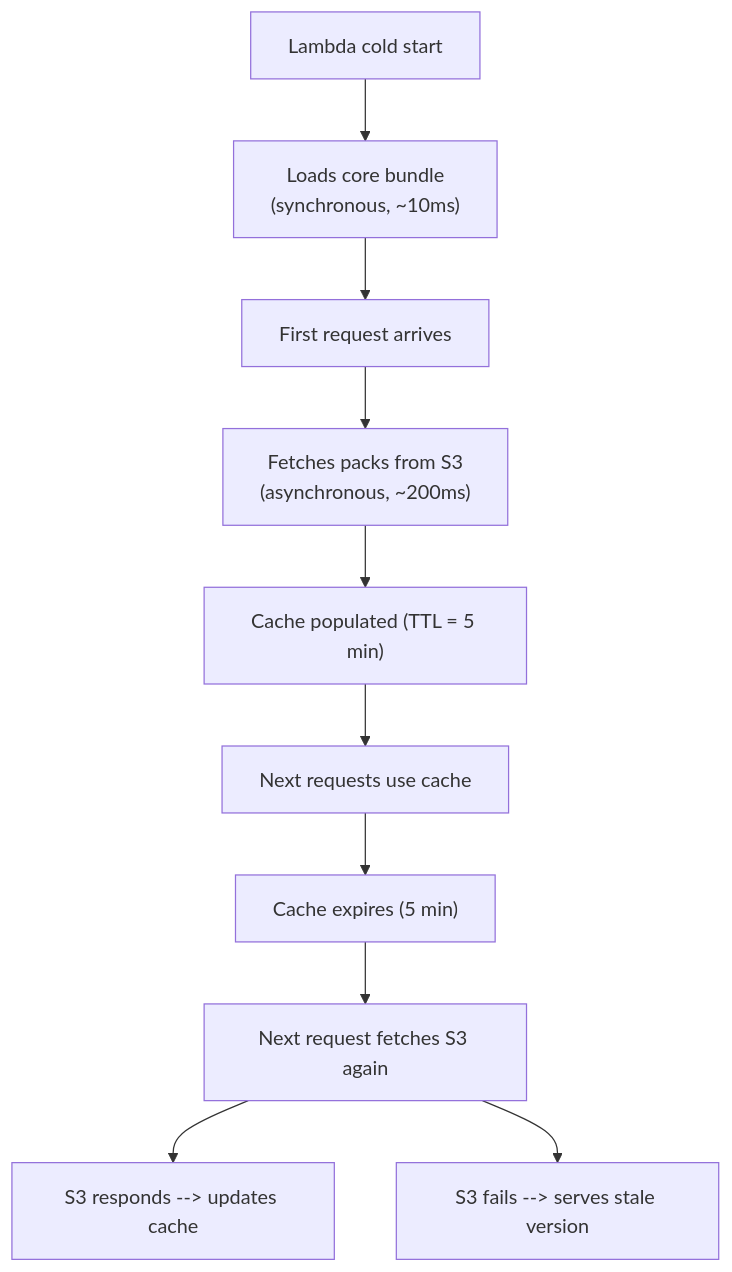
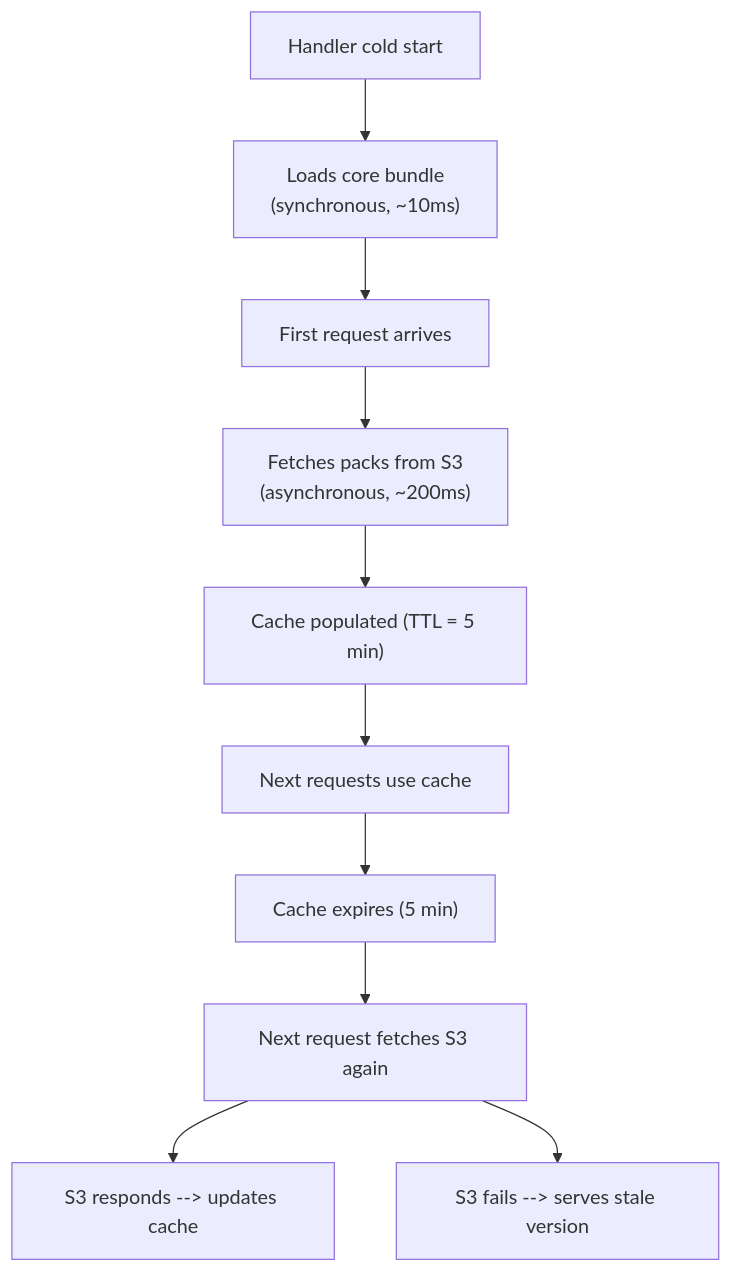
One commit to phbruce/agentrun changed diagram 28 of 31 in docs/book/agentrun-book.md. Above: the diagram before and after it, drawn with Mermaid. The commit also changed other lines of this file, not shown here.

````diff
--- a/docs/book/agentrun-book.md
+++ b/docs/book/agentrun-book.md
@@ -4466,17 +4486,17 @@
 ```mermaid
 flowchart TB
-    ColdStart["Lambda cold start"]
+    ColdStart["Handler cold start"]
     CoreBundle["Loads core bundle\n(synchronous, ~10ms)"]
     FirstReq["First request arrives"]
     FetchS3["Fetches packs from S3\n(asynchronous, ~200ms)"]
     CachePopulated["Cache populated (TTL = 5 min)"]
     UsesCache["Next requests use cache"]
     Expires["Cache expires (5 min)"]
     FetchAgain["Next request fetches S3 again"]
     Updates["S3 responds --> updates cache"]
     Stale["S3 fails --> serves stale version"]
 
     ColdStart --> CoreBundle --> FirstReq --> FetchS3 --> CachePopulated --> UsesCache --> Expires --> FetchAgain
     FetchAgain --> Updates
     FetchAgain --> Stale
 ```
````
